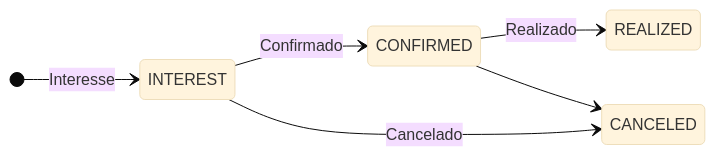
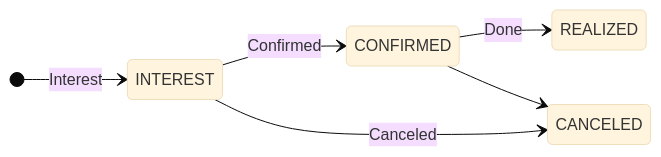
Before and after one commit to agustinhopneto/dc-elitehome-api: the second of 3 diagrams in README.md, drawn with Mermaid (base theme). The commit also changed other lines of this file, not shown here.

````diff
--- a/README.md
+++ b/README.md
@@ -189,9 +189,9 @@
 ```mermaid
 stateDiagram-v2
     direction LR
-    [*] --> INTEREST: Interesse
-    INTEREST --> CONFIRMED: Confirmado
-    CONFIRMED --> REALIZED: Realizado
-    INTEREST --> CANCELED: Cancelado
+    [*] --> INTEREST: Interest
+    INTEREST --> CONFIRMED: Confirmed
+    CONFIRMED --> REALIZED: Done
+    INTEREST --> CANCELED: Canceled
     CONFIRMED --> CANCELED
 ```
````
